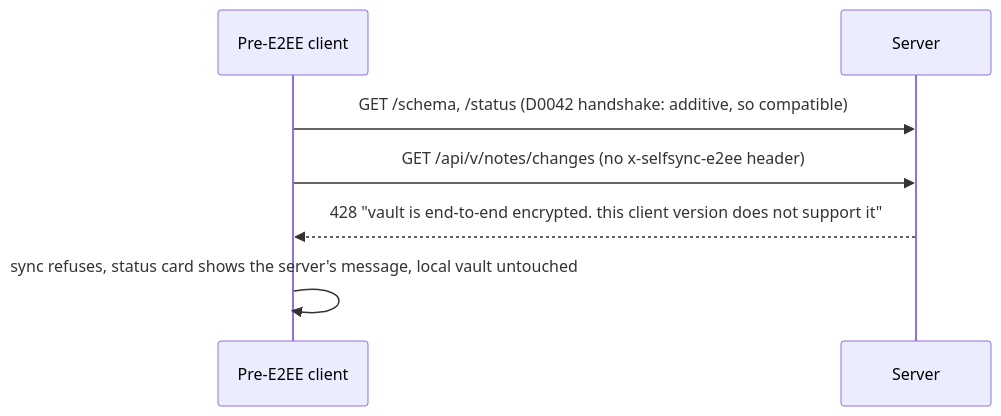
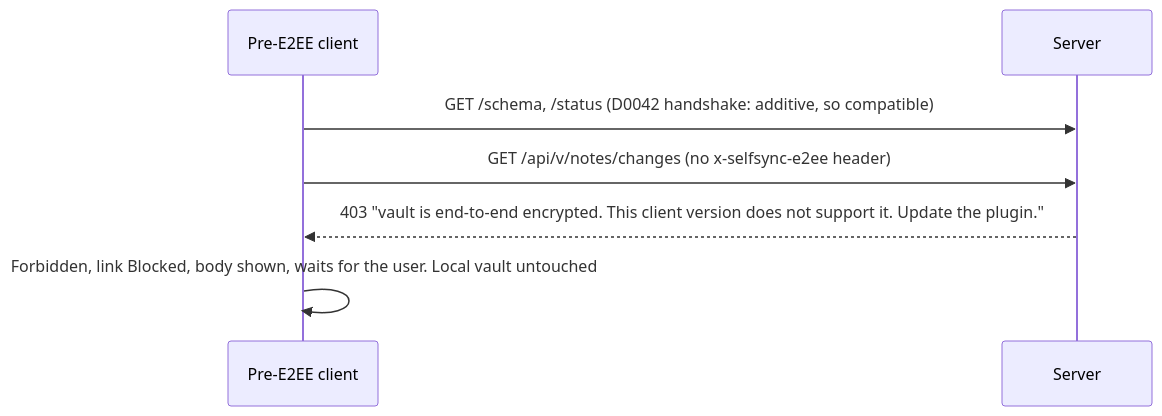
Before and after one commit to williamweatherholtz/obsidian-selfsync: the fourth of 4 diagrams in docs/design/specs/2026-11-10-e2ee-design.md, drawn with Mermaid. The commit also changed other lines of this file and 19 other files, not shown here.

````diff
--- a/docs/design/specs/2026-11-10-e2ee-design.md
+++ b/docs/design/specs/2026-11-10-e2ee-design.md
@@ -261,9 +343,9 @@
 ```mermaid
 sequenceDiagram
     participant O as Pre-E2EE client
     participant S as Server
     O->>S: GET /schema, /status  (D0042 handshake: additive, so compatible)
     O->>S: GET /api/v/notes/changes   (no x-selfsync-e2ee header)
-    S-->>O: 428 "vault is end-to-end encrypted. this client version does not support it"
-    O->>O: sync refuses, status card shows the server's message, local vault untouched
+    S-->>O: 403 "vault is end-to-end encrypted. This client version does not support it. Update the plugin."
+    O->>O: Forbidden, link Blocked, body shown, waits for the user. Local vault untouched
 ```
````
